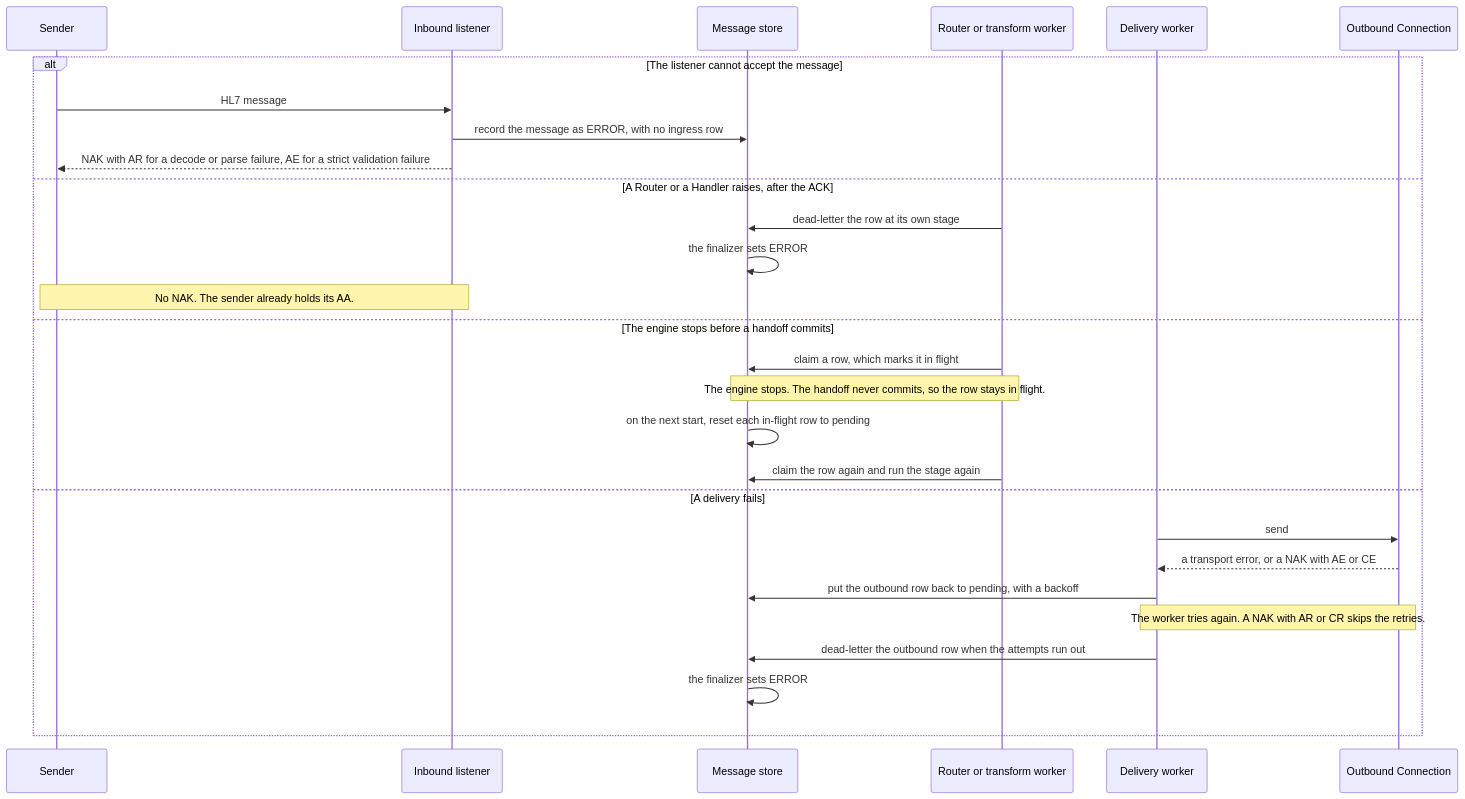
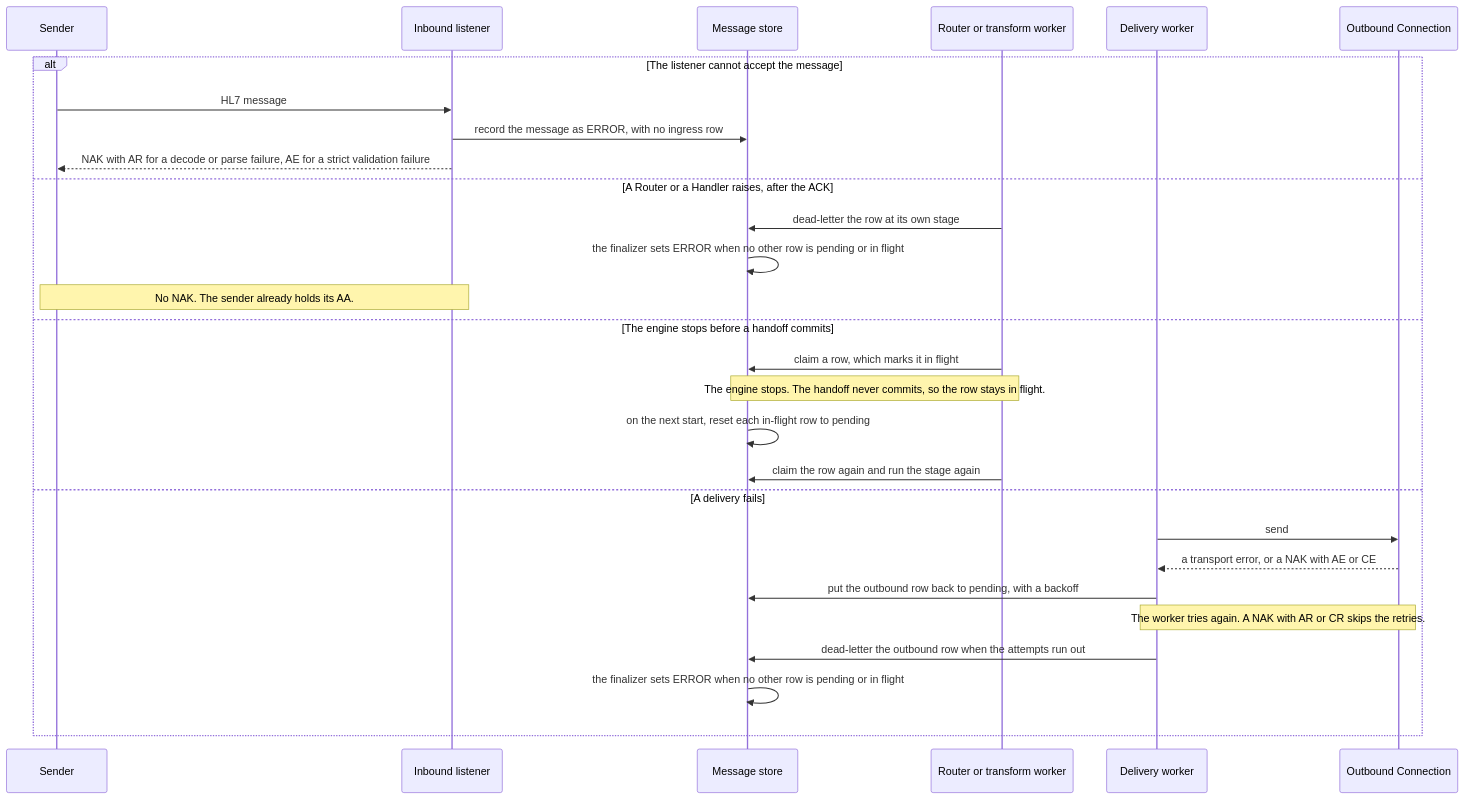
One commit to MEFORORG/MessageFoundry changed the sixth of 7 diagrams in docs/architecture-diagram.md. Above: the diagram before and after it, drawn with Mermaid. The commit also changed other lines of this file, not shown here.

First line of the commit message:
docs(architecture): review fixes to the sequence and state diagrams

````diff
--- a/docs/architecture-diagram.md
+++ b/docs/architecture-diagram.md
@@ -382,31 +389,31 @@
 ```mermaid
 sequenceDiagram
   participant SND as Sender
   participant LSN as Inbound listener
   participant MST as Message store
   participant WRK as Router or transform worker
   participant DLW as Delivery worker
   participant OBC as Outbound Connection
 
   alt The listener cannot accept the message
     SND->>LSN: HL7 message
     LSN->>MST: record the message as ERROR, with no ingress row
     LSN-->>SND: NAK with AR for a decode or parse failure, AE for a strict validation failure
   else A Router or a Handler raises, after the ACK
     WRK->>MST: dead-letter the row at its own stage
-    MST->>MST: the finalizer sets ERROR
+    MST->>MST: the finalizer sets ERROR when no other row is pending or in flight
     Note over SND,LSN: No NAK. The sender already holds its AA.
   else The engine stops before a handoff commits
     WRK->>MST: claim a row, which marks it in flight
     Note over MST,WRK: The engine stops. The handoff never commits, so the row stays in flight.
     MST->>MST: on the next start, reset each in-flight row to pending
     WRK->>MST: claim the row again and run the stage again
   else A delivery fails
     DLW->>OBC: send
     OBC-->>DLW: a transport error, or a NAK with AE or CE
     DLW->>MST: put the outbound row back to pending, with a backoff
     Note over DLW,OBC: The worker tries again. A NAK with AR or CR skips the retries.
     DLW->>MST: dead-letter the outbound row when the attempts run out
-    MST->>MST: the finalizer sets ERROR
+    MST->>MST: the finalizer sets ERROR when no other row is pending or in flight
   end
 ```
````
